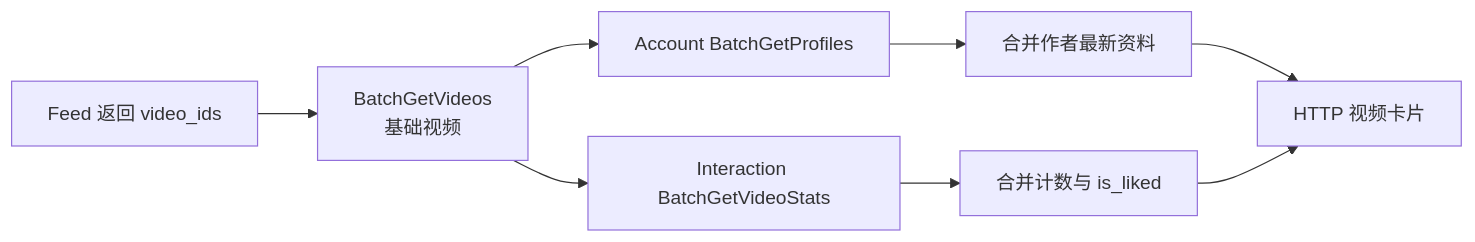
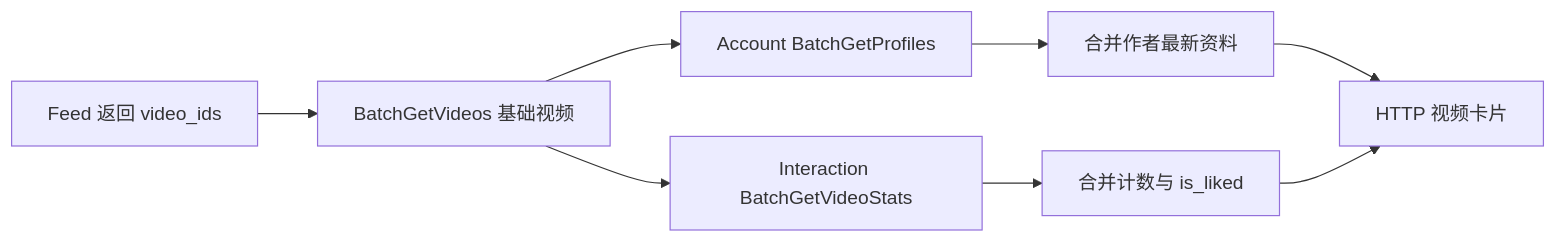
Before and after one commit to Redeemz473/feedsystem-zero: diagram 22 of 28 in docs/PROJECT_OVERVIEW.md, drawn with Mermaid. The commit also changed other lines of this file, not shown here.

Commit message:
docs(overview): normalize all 28 mermaid diagrams for github renderer (remove 124 br tags and 3 dashed-with-label edges)

````diff
--- a/docs/PROJECT_OVERVIEW.md
+++ b/docs/PROJECT_OVERVIEW.md
@@ -3365,10 +3365,10 @@
 ```mermaid
 flowchart LR
-    IDs[Feed 返回 video_ids] --> V[BatchGetVideos<br/>基础视频]
+    IDs[Feed 返回 video_ids] --> V[BatchGetVideos 基础视频]
     V --> A[Account BatchGetProfiles]
     V --> I[Interaction BatchGetVideoStats]
     A --> M[合并作者最新资料]
     I --> M2[合并计数与 is_liked]
     M --> DTO[HTTP 视频卡片]
     M2 --> DTO
 ```
````
